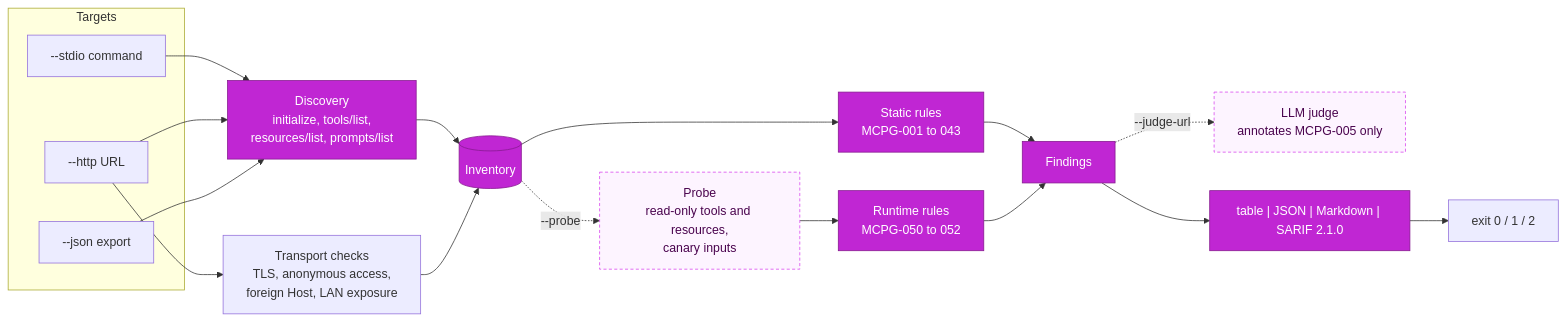
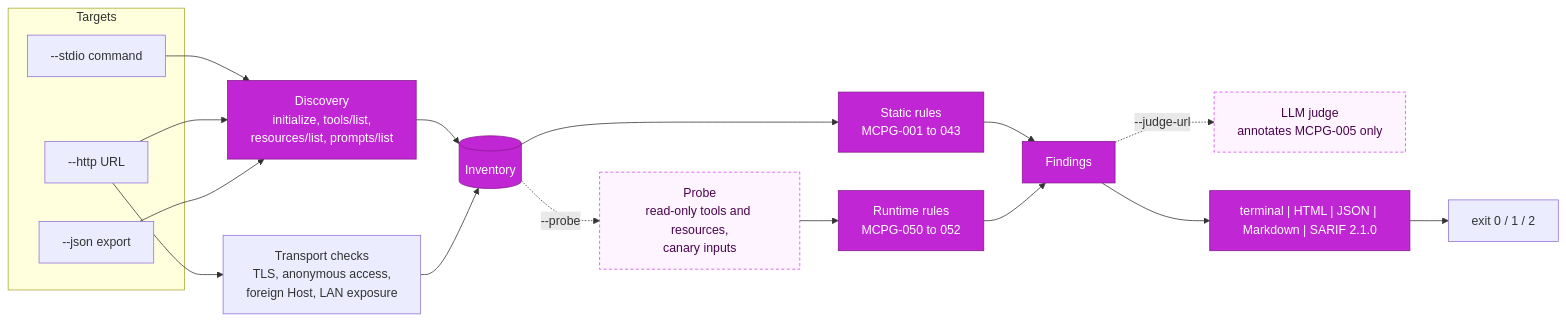
One commit to actions-marketplace-validations/diegoperezg7_mcp-guard changed the diagram in README.md. Above: the diagram before and after it, drawn with Mermaid. The commit also changed other lines of this file and 8 other files, not shown here.

````diff
--- a/README.md
+++ b/README.md
@@ -95,25 +112,25 @@
 ```mermaid
 flowchart LR
   subgraph Targets
     A["--stdio command"]
     B["--http URL"]
     C["--json export"]
   end
   A & B & C --> D["Discovery<br/>initialize, tools/list,<br/>resources/list, prompts/list"]
   B --> T["Transport checks<br/>TLS, anonymous access,<br/>foreign Host, LAN exposure"]
   D --> I[("Inventory")]
   T --> I
   I --> R["Static rules<br/>MCPG-001 to 043"]
   I -. "--probe" .-> P["Probe<br/>read-only tools and resources,<br/>canary inputs"]
   P --> R2["Runtime rules<br/>MCPG-050 to 052"]
   R --> F["Findings"]
   R2 --> F
   F -. "--judge-url" .-> J["LLM judge<br/>annotates MCPG-005 only"]
-  F --> O["table | JSON | Markdown | SARIF 2.1.0"]
+  F --> O["terminal | HTML | JSON | Markdown | SARIF 2.1.0"]
   O --> X["exit 0 / 1 / 2"]
 
   classDef core fill:#c026d3,stroke:#86198f,color:#ffffff
   classDef opt fill:#fdf4ff,stroke:#d946ef,color:#4a044e,stroke-dasharray: 4 3
   class D,I,R,R2,F,O core
   class P,J opt
 ```
````
